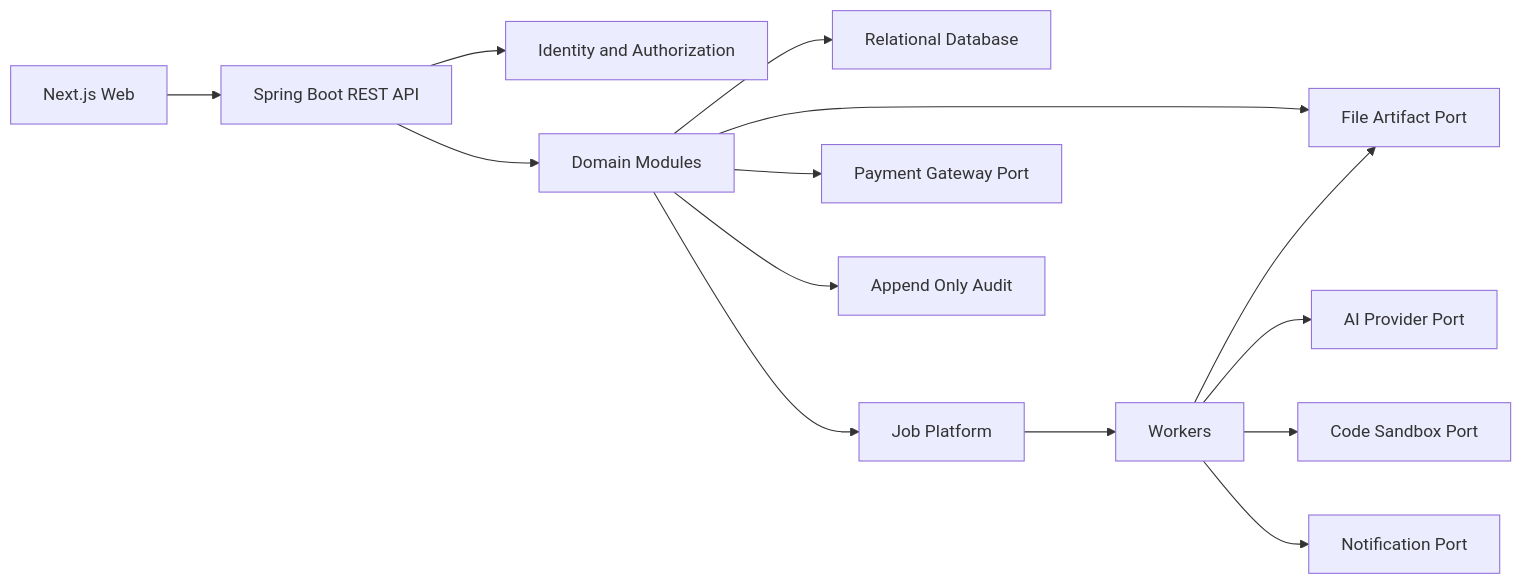
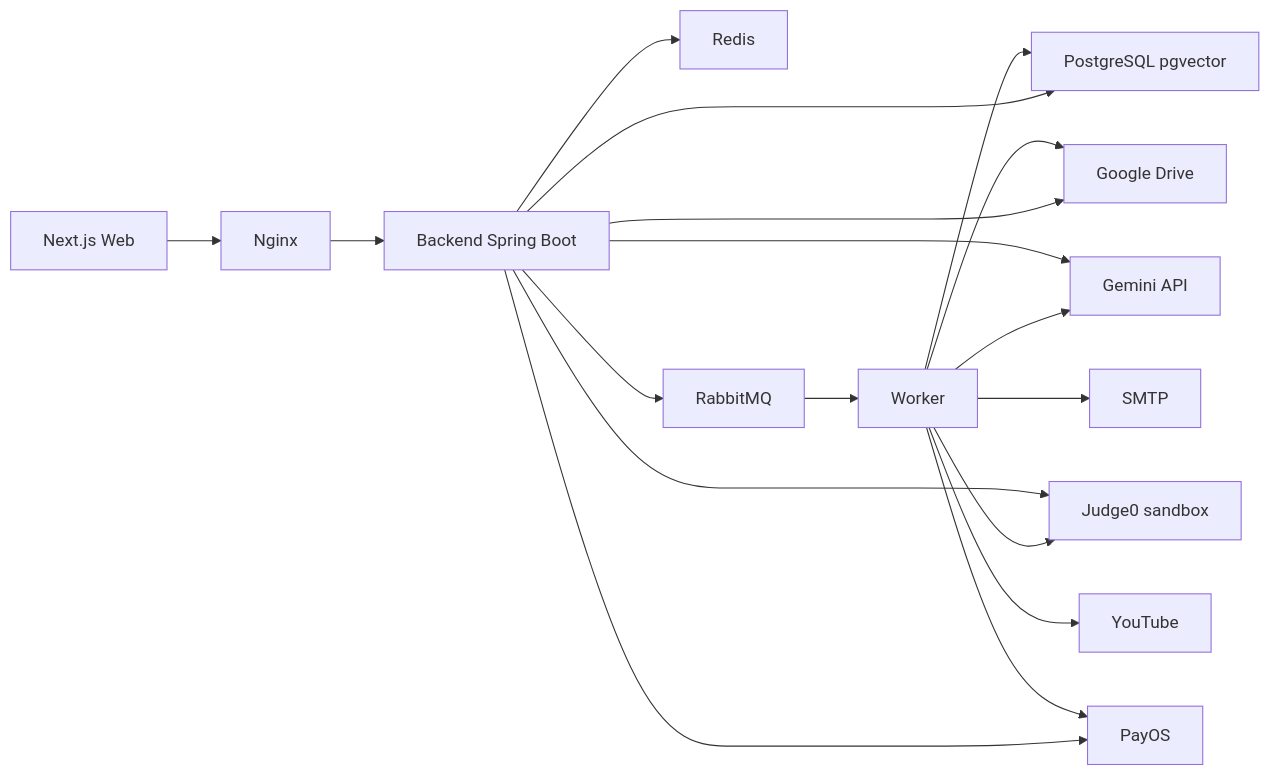
The diagram in aidlc-docs/inception/application-design/component-dependency.md (hygef-v4/AI-Powered-Learning-Platform), drawn with Mermaid before and after one commit. The commit also changed other lines of this file and 83 other files, not shown here.

````diff
--- a/aidlc-docs/inception/application-design/component-dependency.md
+++ b/aidlc-docs/inception/application-design/component-dependency.md
@@ -40,16 +16,20 @@
 ```mermaid
 flowchart LR
-    Web["Next.js Web"] --> Api["Spring Boot REST API"]
-    Api --> Auth["Identity and Authorization"]
-    Api --> Core["Domain Modules"]
-    Core --> Db["Relational Database"]
-    Core --> FilePort["File Artifact Port"]
-    Core --> Jobs["Job Platform"]
-    Jobs --> Workers["Workers"]
-    Workers --> AiPort["AI Provider Port"]
-    Workers --> CodePort["Code Sandbox Port"]
-    Workers --> NotifyPort["Notification Port"]
-    Workers --> FilePort
-    Core --> PayPort["Payment Gateway Port"]
-    Core --> Audit["Append Only Audit"]
+    Web["Next.js Web"] --> Nginx["Nginx"]
+    Nginx --> Api["Backend Spring Boot"]
+    Api --> Db["PostgreSQL pgvector"]
+    Api --> Redis["Redis"]
+    Api --> Mq["RabbitMQ"]
+    Mq --> Worker["Worker"]
+    Worker --> Db
+    Api --> Drive["Google Drive"]
+    Worker --> Drive
+    Worker --> Gemini["Gemini API"]
+    Api --> Gemini
+    Worker --> Judge0["Judge0 sandbox"]
+    Api --> Judge0
+    Api --> PayOS["PayOS"]
+    Worker --> PayOS
+    Worker --> Smtp["SMTP"]
+    Worker --> YouTube["YouTube"]
 ```
````
